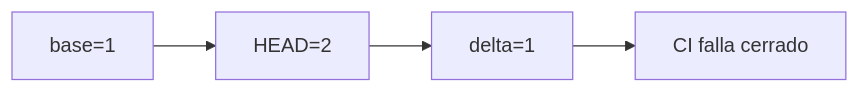
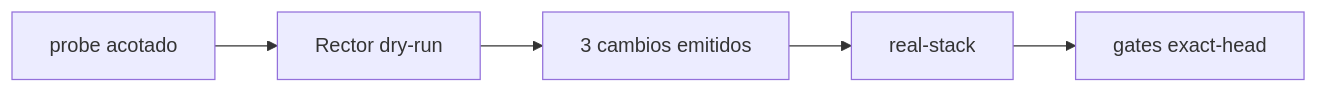
The diagram in README.md (pl0n3r/brvtal), drawn with Mermaid before and after one commit. The commit also changed other lines of this file and 4 other files, not shown here.

````diff
--- a/README.md
+++ b/README.md
@@ -44,6 +44,7 @@
 ```mermaid
 flowchart LR
-  B["base=1"] --> H["HEAD=2"]
-  H --> D["delta=1"]
-  D --> C["CI falla cerrado"]
+  P["probe acotado"] --> R["Rector dry-run"]
+  R --> D["3 cambios emitidos"]
+  D --> T["real-stack"]
+  T --> V["gates exact-head"]
 ```
````
